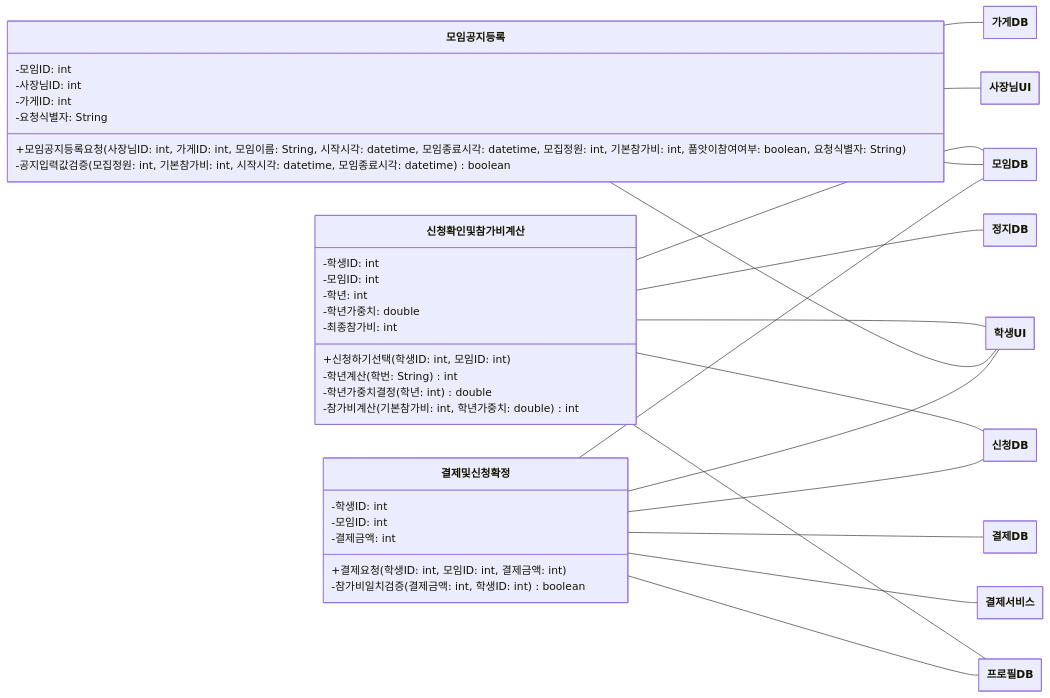
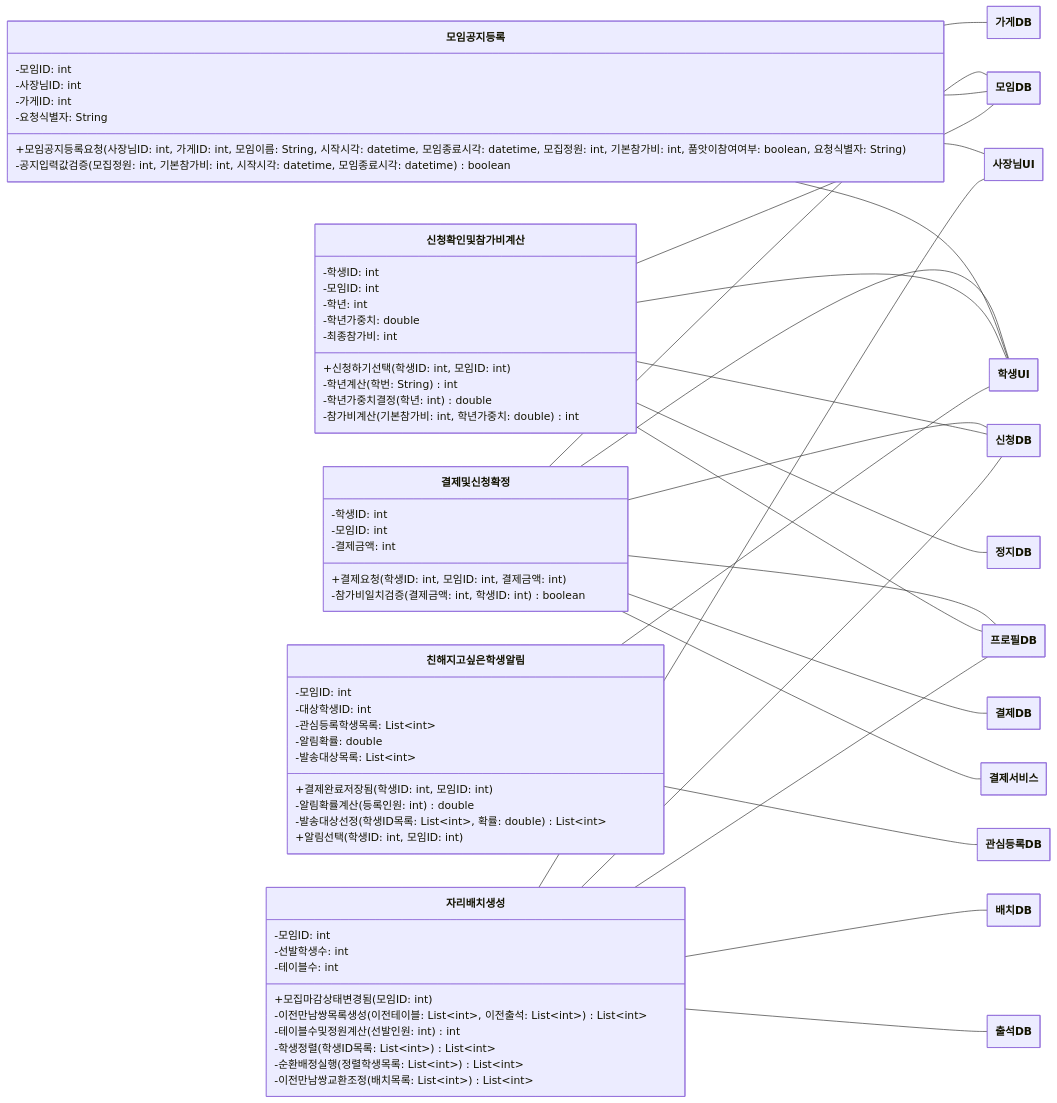
One commit to hojae3/sw-engineering-16 changed the second of 12 diagrams in class-diagram/class-diagram.md. Above: the diagram before and after it, drawn with Mermaid. The commit also changed other lines of this file and 3 other files, not shown here.

````diff
--- a/class-diagram/class-diagram.md
+++ b/class-diagram/class-diagram.md
@@ -243,13 +241,38 @@
         +결제요청(학생ID: int, 모임ID: int, 결제금액: int)
         -참가비일치검증(결제금액: int, 학생ID: int) boolean
     }
+    class CloseStudentNotification["친해지고싶은학생알림"] {
+        -모임ID: int
+        -대상학생ID: int
+        -관심등록학생목록: List~int~
+        -알림확률: double
+        -발송대상목록: List~int~
+        +결제완료저장됨(학생ID: int, 모임ID: int)
+        -알림확률계산(등록인원: int) double
+        -발송대상선정(학생ID목록: List~int~, 확률: double) List~int~
+        +알림선택(학생ID: int, 모임ID: int)
+    }
+    class SeatArrangementGeneration["자리배치생성"] {
+        -모임ID: int
+        -선발학생수: int
+        -테이블수: int
+        +모집마감상태변경됨(모임ID: int)
+        -이전만남쌍목록생성(이전테이블: List~int~, 이전출석: List~int~) List~int~
+        -테이블수및정원계산(선발인원: int) int
+        -학생정렬(학생ID목록: List~int~) List~int~
+        -순환배정실행(정렬학생목록: List~int~) List~int~
+        -이전만남쌍교환조정(배치목록: List~int~) List~int~
+    }
     class StoreDB["가게DB"]
     class PaymentDB["결제DB"]
     class PaymentService["결제서비스"]
+    class InterestRegistrationDB["관심등록DB"]
     class MeetingDB["모임DB"]
+    class ArrangementDB["배치DB"]
     class OwnerUI["사장님UI"]
     class ApplicationDB["신청DB"]
     class SuspensionDB["정지DB"]
+    class AttendanceDB["출석DB"]
     class ProfileDB["프로필DB"]
     class StudentUI["학생UI"]
     MeetingNoticeRegistration -- StoreDB
@@ -259,12 +282,19 @@
     PaymentAndApplicationConfirm -- ApplicationDB
     PaymentAndApplicationConfirm -- ProfileDB
     PaymentAndApplicationConfirm -- StudentUI
+    CloseStudentNotification -- InterestRegistrationDB
     MeetingNoticeRegistration -- MeetingDB
     ApplicationCheckAndFeeCalc -- MeetingDB
     MeetingNoticeRegistration -- OwnerUI
     MeetingNoticeRegistration -- StudentUI
+    SeatArrangementGeneration -- ArrangementDB
+    SeatArrangementGeneration -- OwnerUI
     ApplicationCheckAndFeeCalc -- ApplicationDB
+    SeatArrangementGeneration -- ApplicationDB
     ApplicationCheckAndFeeCalc -- SuspensionDB
     ApplicationCheckAndFeeCalc -- ProfileDB
     ApplicationCheckAndFeeCalc -- StudentUI
+    SeatArrangementGeneration -- AttendanceDB
+    SeatArrangementGeneration -- ProfileDB
+    CloseStudentNotification -- StudentUI
 ```
````
